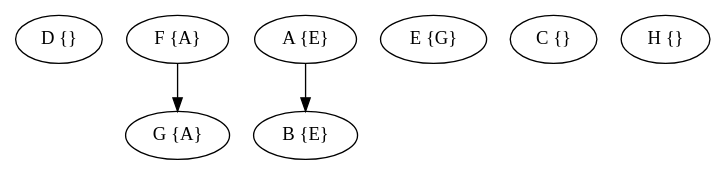
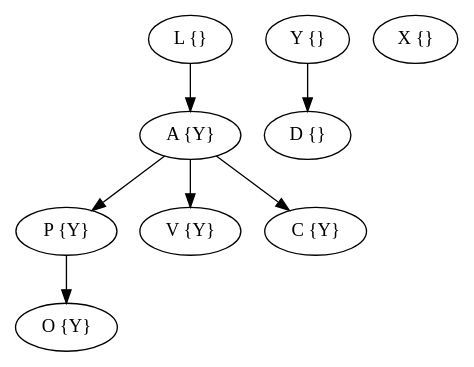
One commit to GiovA07/Pointer_Analysis changed the diagram in output/grafo.dot. Above: the diagram before and after it, drawn with Graphviz. The commit also changed 9 other files, not shown here.

```diff
--- a/output/grafo.dot
+++ b/output/grafo.dot
@@ -1,13 +1,18 @@
 digraph{
 rankdir=TB;
+O [label="O {Y}"];
 D [label="D {}"];
-F [label="F {A}"];
-A [label="A {E}"];
-B [label="B {E}"];
-G [label="G {A}"];
-E [label="E {G}"];
-C [label="C {}"];
-H [label="H {}"];
-F -> G;
-A -> B;
+P [label="P {Y}"];
+V [label="V {Y}"];
+C [label="C {Y}"];
+L [label="L {}"];
+Y [label="Y {}"];
+X [label="X {}"];
+A [label="A {Y}"];
+P -> O;
+L -> A;
+Y -> D;
+A -> V;
+A -> P;
+A -> C;
 }
```
